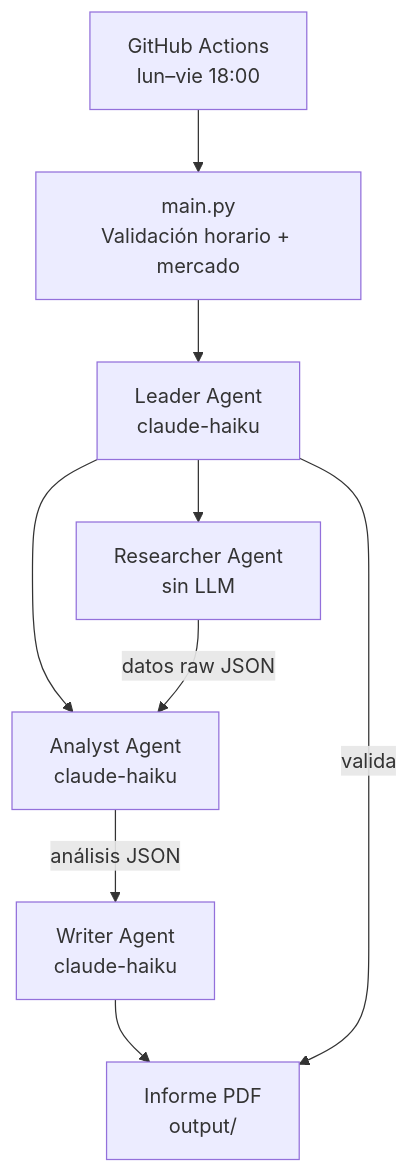
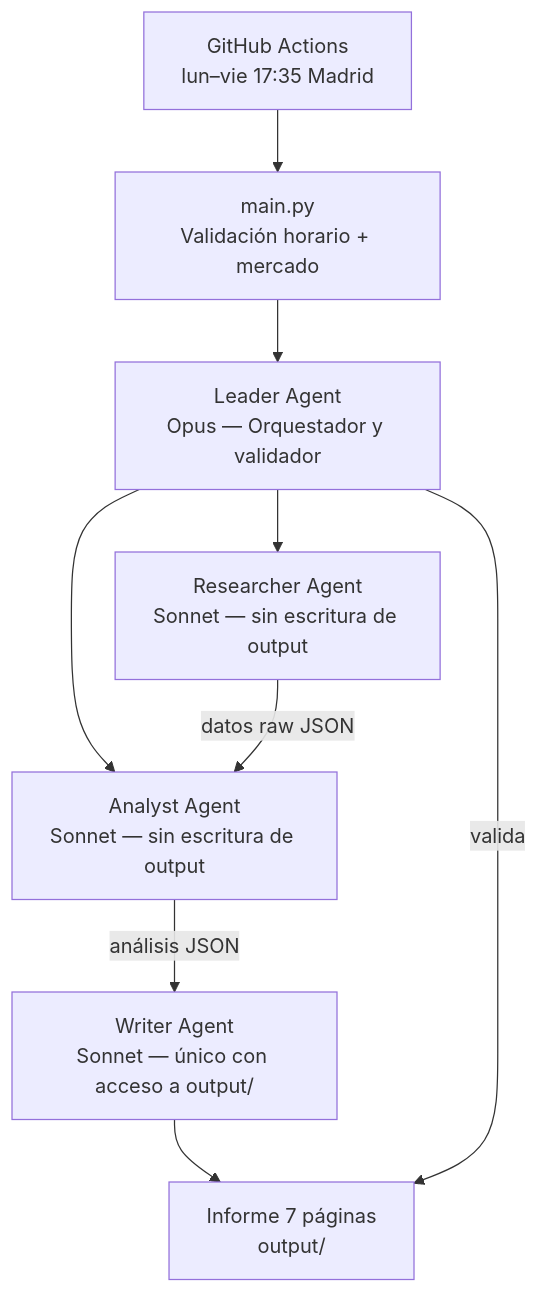
Before and after one commit to Romequinco/AGENTES_PRUEBA: the diagram in README.md, drawn with Mermaid. The commit also changed other lines of this file and 5 other files, not shown here.

````diff
--- a/README.md
+++ b/README.md
@@ -9,17 +9,17 @@
 ```mermaid
 flowchart TD
-    GH["GitHub Actions\nlun–vie 18:00"]
+    GH["GitHub Actions\nlun–vie 17:35 Madrid"]
     M["main.py\nValidación horario + mercado"]
-    L["Leader Agent\nclaude-haiku"]
-    R["Researcher Agent\nsin LLM"]
-    A["Analyst Agent\nclaude-haiku"]
-    W["Writer Agent\nclaude-haiku"]
-    OUT["Informe PDF\noutput/"]
+    L["Leader Agent\nOpus — Orquestador y validador"]
+    R["Researcher Agent\nSonnet — sin escritura de output"]
+    A["Analyst Agent\nSonnet — sin escritura de output"]
+    W["Writer Agent\nSonnet — único con acceso a output/"]
+    OUT["Informe 7 páginas\noutput/"]
 
     GH --> M --> L
     L --> R & A
     R -->|datos raw JSON| A
     A -->|análisis JSON| W
     W --> OUT
     L -->|valida| OUT
 ```
````
